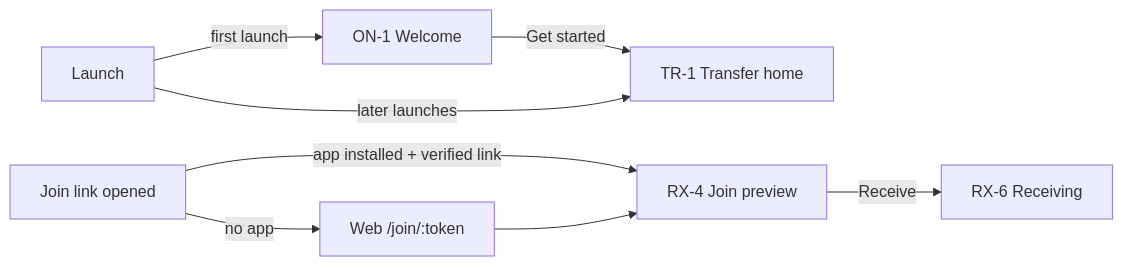
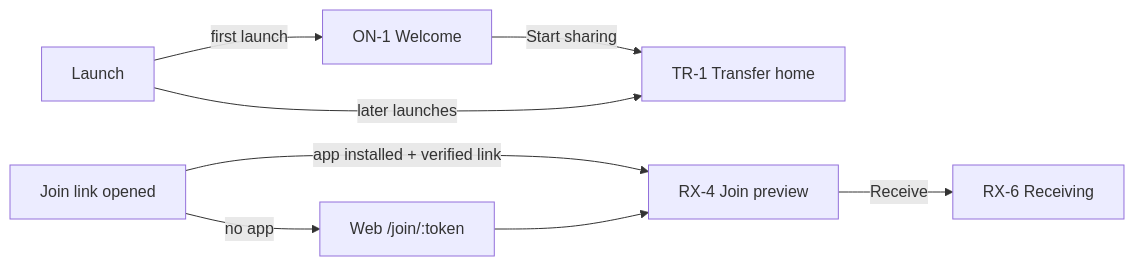
The diagram in docs/UX_SCREEN_MAP.md (Juliolayme/share_anywhere), drawn with Mermaid before and after one commit. The commit also changed other lines of this file and 66 other files, not shown here.

````diff
--- a/docs/UX_SCREEN_MAP.md
+++ b/docs/UX_SCREEN_MAP.md
@@ -19,8 +20,8 @@
 ```mermaid
 flowchart LR
-  L[Launch] -->|first launch| W[ON-1 Welcome] -->|Get started| H[TR-1 Transfer home]
+  L[Launch] -->|first launch| W[ON-1 Welcome] -->|Start sharing| H[TR-1 Transfer home]
   L -->|later launches| H
   J[Join link opened] -->|app installed + verified link| P[RX-4 Join preview]
   J -->|no app| WP[Web /join/:token] --> P
   P -->|Receive| G[RX-6 Receiving]
 ```
````
